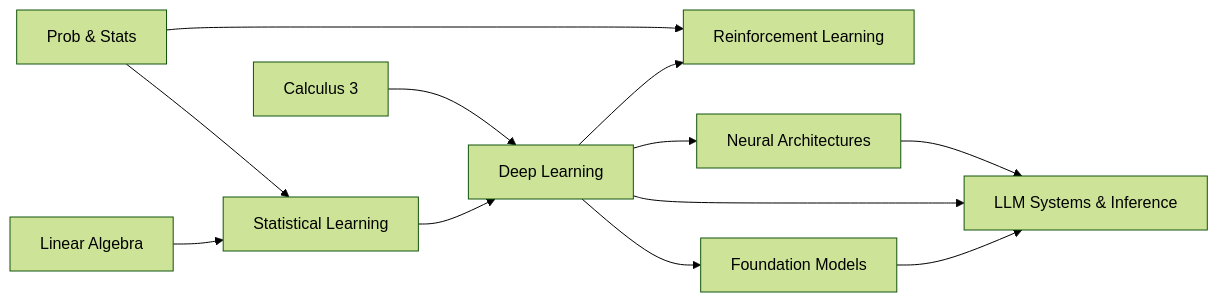
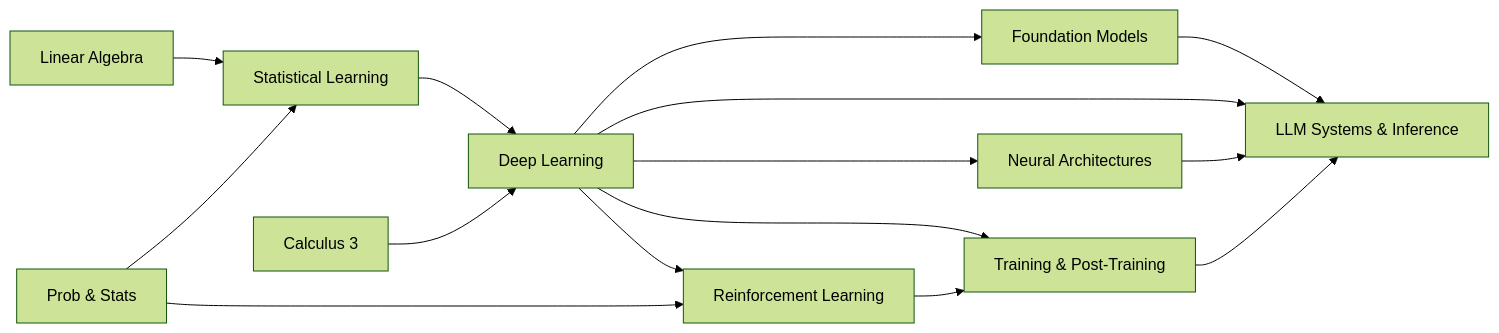
The diagram in ml/README.md (urmzd/supersource), drawn with Mermaid (forest theme) before and after one commit. The commit also changed other lines of this file and 7 other files, not shown here.

````diff
--- a/ml/README.md
+++ b/ml/README.md
@@ -9,14 +9,17 @@
 ```mermaid
 graph LR
     LA[Linear Algebra] --> SL[Statistical Learning]
     PS[Prob & Stats] --> SL
     SL --> DL[Deep Learning]
     C3[Calculus 3] --> DL
     DL --> RL[Reinforcement Learning]
     PS --> RL
     DL --> FM[Foundation Models]
     FM --> LLM[LLM Systems & Inference]
     DL --> LLM
     DL --> NA[Neural Architectures]
     NA --> LLM
+    DL --> TPT[Training & Post-Training]
+    RL --> TPT
+    TPT --> LLM
 ```
````
